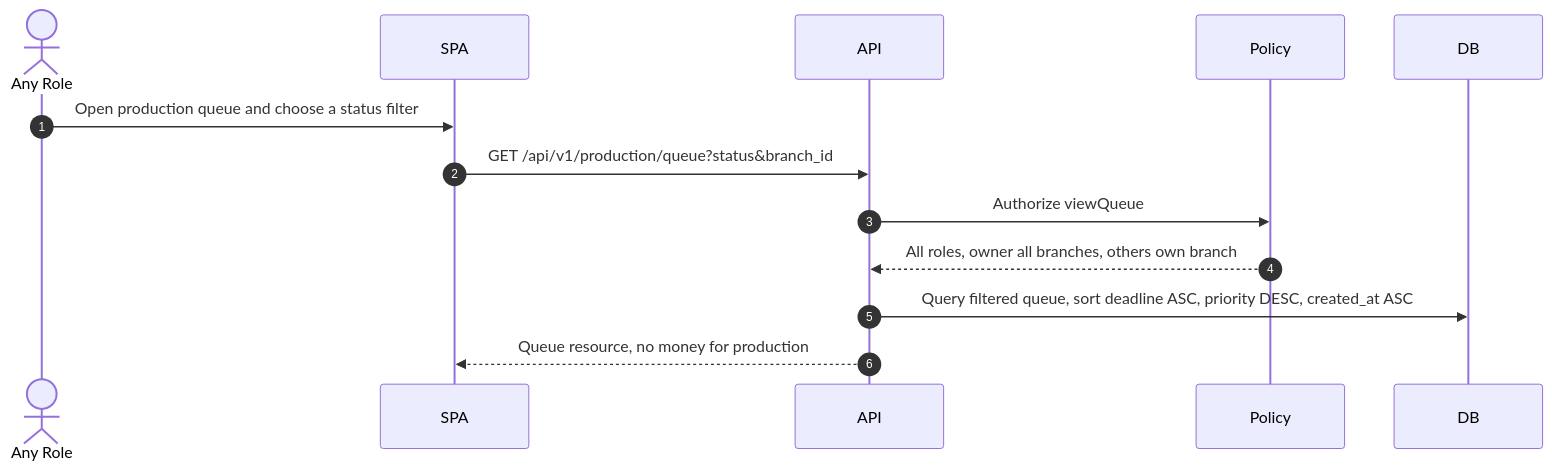
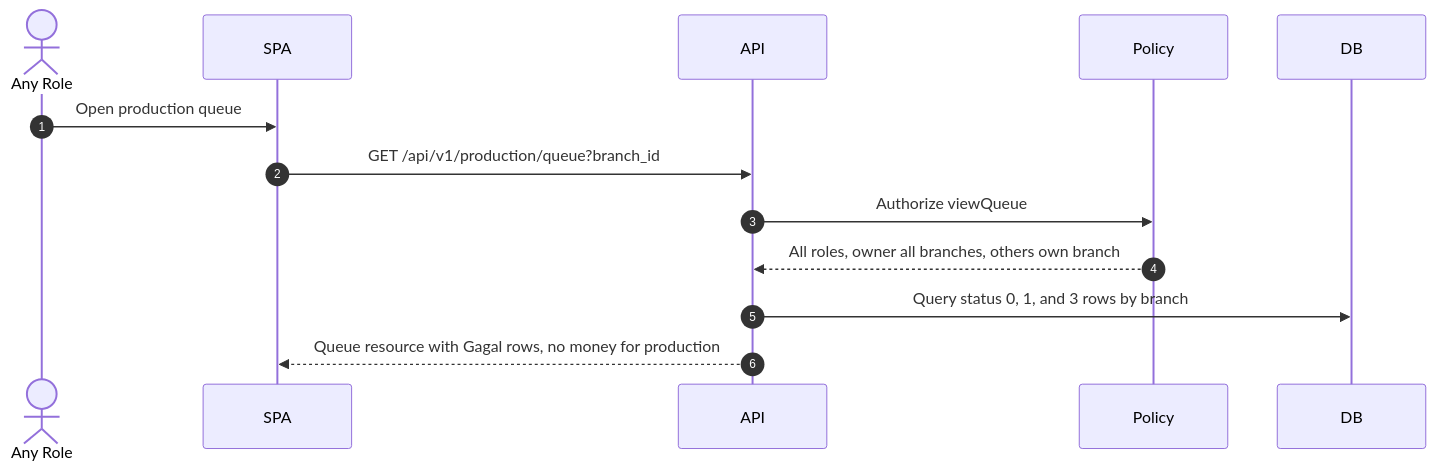
One commit to Arukast/pos_alja changed diagram 15 of 22 in docs/architecture/sequence-diagrams.md. Above: the diagram before and after it, drawn with Mermaid. The commit also changed other lines of this file and 11 other files, not shown here.

````diff
--- a/docs/architecture/sequence-diagrams.md
+++ b/docs/architecture/sequence-diagrams.md
@@ -399,16 +399,16 @@
 ```mermaid
 sequenceDiagram
     autonumber
     actor A as Any Role
     participant SPA
     participant API
     participant Policy
     participant DB
 
-    A->>SPA: Open production queue and choose a status filter
-    SPA->>API: GET /api/v1/production/queue?status&branch_id
+    A->>SPA: Open production queue
+    SPA->>API: GET /api/v1/production/queue?branch_id
     API->>Policy: Authorize viewQueue
     Policy-->>API: All roles, owner all branches, others own branch
-    API->>DB: Query filtered queue, sort deadline ASC, priority DESC, created_at ASC
-    API-->>SPA: Queue resource, no money for production
+    API->>DB: Query status 0, 1, and 3 rows by branch
+    API-->>SPA: Queue resource with Gagal rows, no money for production
 ```
````
